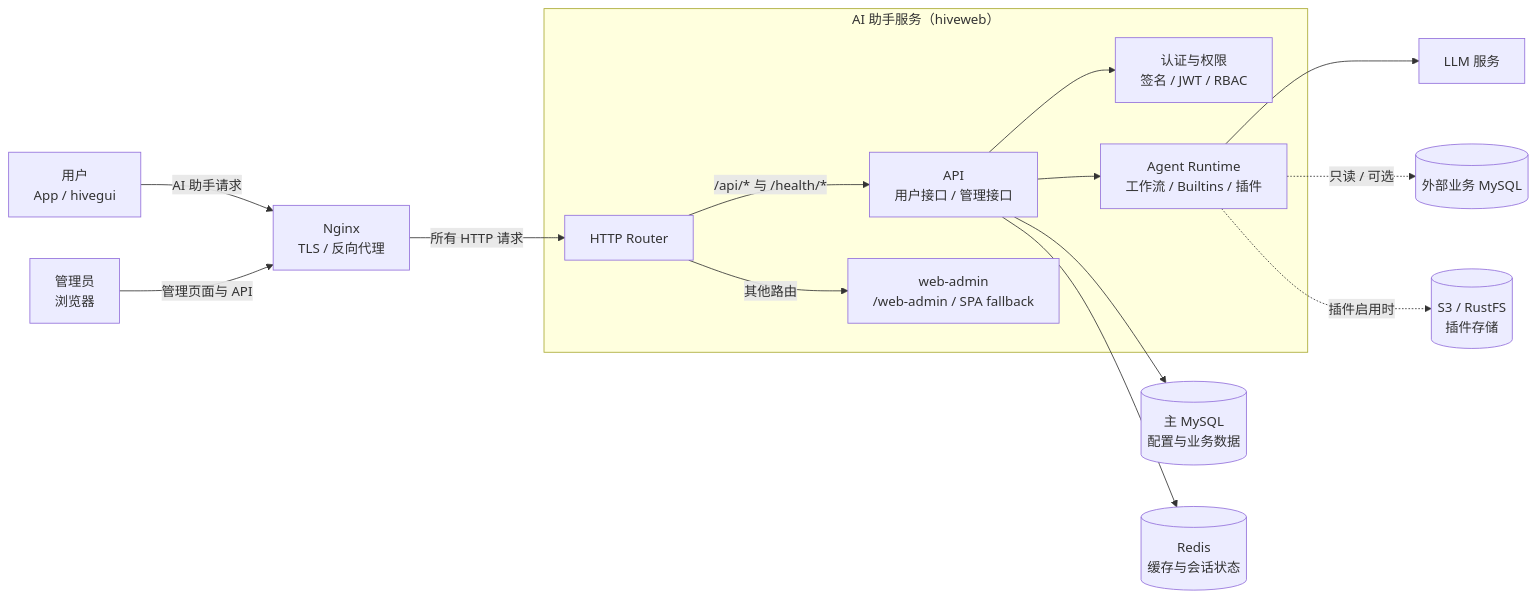
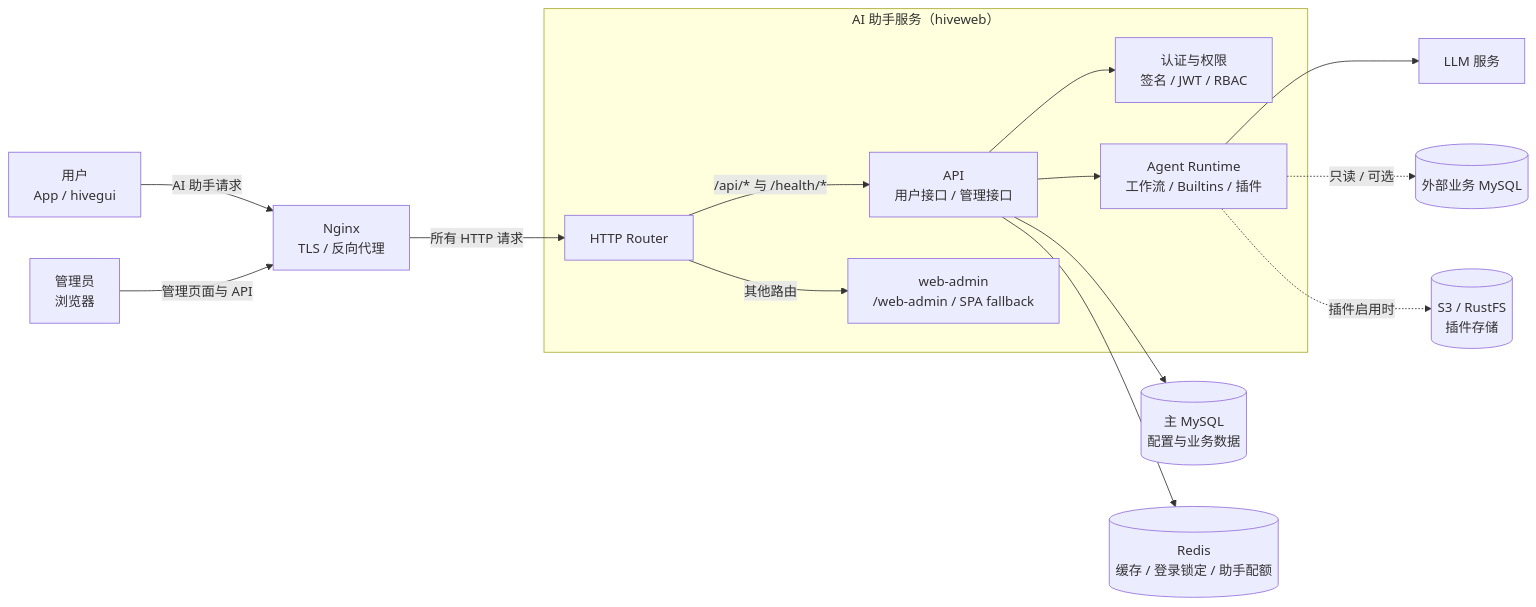
One commit to taoistwar/hive-claw changed the diagram in docs/development.md. Above: the diagram before and after it, drawn with Mermaid. The commit also changed other lines of this file and 28 other files, not shown here.

````diff
--- a/docs/development.md
+++ b/docs/development.md
@@ -8,29 +8,29 @@
 ```mermaid
 flowchart LR
     user["用户<br/>App / hivegui"]
     admin["管理员<br/>浏览器"]
     nginx["Nginx<br/>TLS / 反向代理"]
 
     subgraph assistant["AI 助手服务（hiveweb）"]
         server["HTTP Router"]
         api["API<br/>用户接口 / 管理接口"]
         web_admin["web-admin<br/>/web-admin / SPA fallback"]
         auth["认证与权限<br/>签名 / JWT / RBAC"]
         runtime["Agent Runtime<br/>工作流 / Builtins / 插件"]
 
         server -->|/api/* 与 /health/*| api
         server -->|其他路由| web_admin
         api --> auth
         api --> runtime
     end
 
     user -->|AI 助手请求| nginx
     admin -->|管理页面与 API| nginx
     nginx -->|所有 HTTP 请求| server
 
     api --> mysql[("主 MySQL<br/>配置与业务数据")]
-    api --> redis[("Redis<br/>缓存与会话状态")]
+    api --> redis[("Redis<br/>缓存 / 登录锁定 / 助手配额")]
     runtime --> llm["LLM 服务"]
     runtime -.->|只读 / 可选| external_db[("外部业务 MySQL")]
     runtime -.->|插件启用时| s3[("S3 / RustFS<br/>插件存储")]
 ```
````
